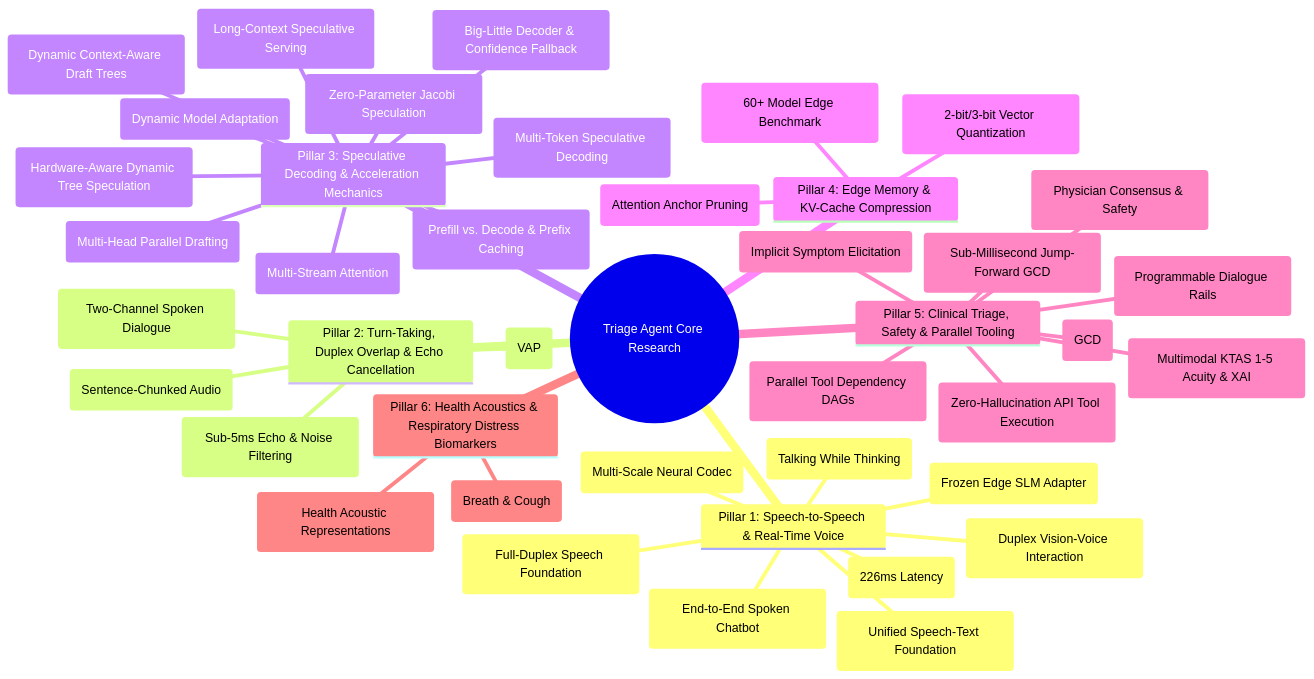
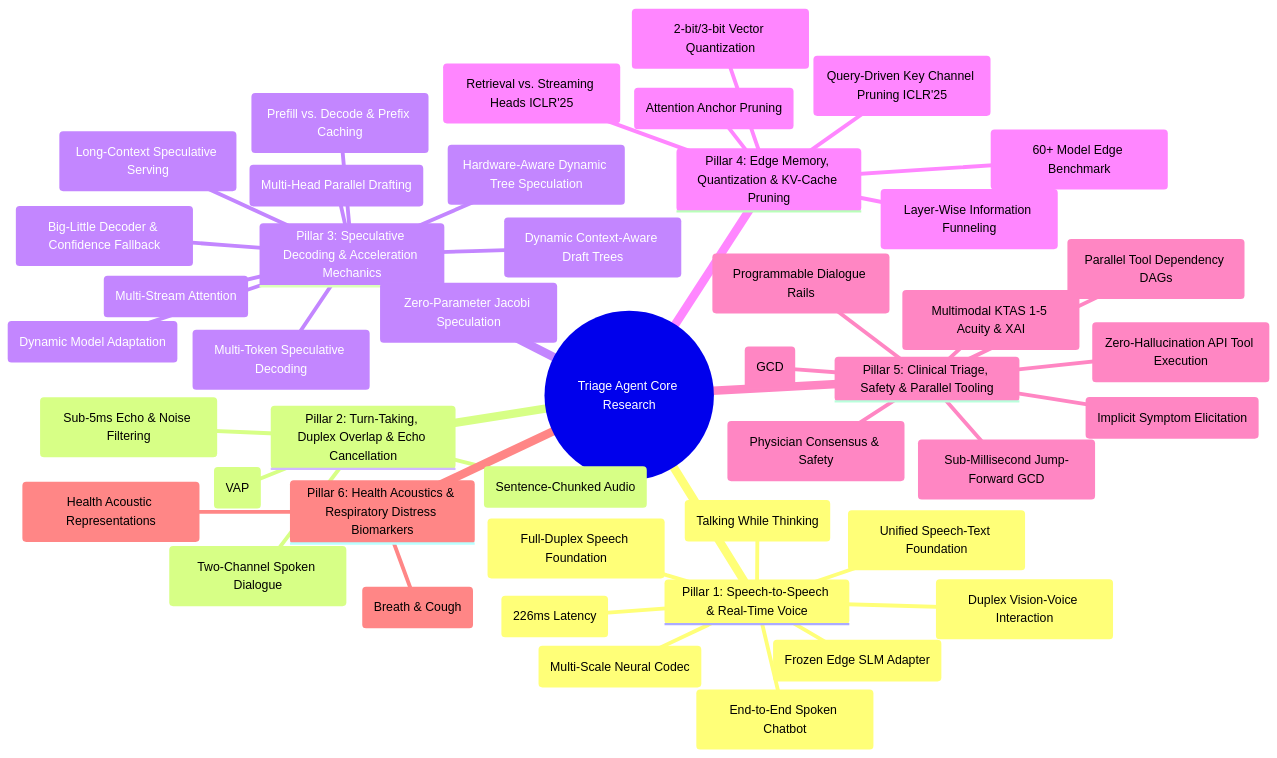
Before and after one commit to albinpshaji/Mini-project: the diagram in literature_impact_report.md, drawn with Mermaid. The commit also changed other lines of this file and 1 other file, not shown here.

Commit message:
docs(research): expand literature impact report to 38 papers and integrate DuoAttention and PyramidKV into Phase 5 blueprint

````diff
--- a/literature_impact_report.md
+++ b/literature_impact_report.md
@@ -14,45 +14,48 @@
 ```mermaid
 mindmap
   root((Triage Agent Core Research))
     Pillar 1: Speech-to-Speech & Real-Time Voice
       Mini-Omni (Talking While Thinking)
       LLaMA-Omni (226ms Latency)
       Moshi (Full-Duplex Speech Foundation)
       Freeze-Omni (Frozen Edge SLM Adapter)
       SNAC (Multi-Scale Neural Codec)
       Mini-Omni2 (Duplex Vision-Voice Interaction)
       AudioPaLM (Unified Speech-Text Foundation)
       GLM-4-Voice (End-to-End Spoken Chatbot)
     Pillar 2: Turn-Taking, Duplex Overlap & Echo Cancellation
       Voice Activity Projection (VAP)
       DeepFilterNet (Sub-5ms Echo & Noise Filtering)
       NVIDIA Incremental TTS (Sentence-Chunked Audio)
       Meta dGSLM (Two-Channel Spoken Dialogue)
     Pillar 3: Speculative Decoding & Acceleration Mechanics
       EAGLE-2 (Dynamic Context-Aware Draft Trees)
       Lookahead Decoding (Zero-Parameter Jacobi Speculation)
       Apple Speculative Streaming (Multi-Stream Attention)
       ASPLOS'25 NPU (Prefill vs. Decode & Prefix Caching)
       Medusa (Multi-Head Parallel Drafting)
       Sequoia (Hardware-Aware Dynamic Tree Speculation)
       MagicDec (Long-Context Speculative Serving)
       BiLD (Big-Little Decoder & Confidence Fallback)
       Online Speculative Decoding (Dynamic Model Adaptation)
       DeepSeek-V3 MTP (Multi-Token Speculative Decoding)
-    Pillar 4: Edge Memory & KV-Cache Compression
+    Pillar 4: Edge Memory, Quantization & KV-Cache Pruning
       SnapKV (Attention Anchor Pruning)
       KVQuant (2-bit/3-bit Vector Quantization)
       ACL'25 Demystifying SLMs (60+ Model Edge Benchmark)
+      DuoAttention (Retrieval vs. Streaming Heads ICLR'25)
+      PyramidKV (Layer-Wise Information Funneling)
+      ThinK (Query-Driven Key Channel Pruning ICLR'25)
     Pillar 5: Clinical Triage, Safety & Parallel Tooling
       LLMCompiler (Parallel Tool Dependency DAGs)
       Gorilla (Zero-Hallucination API Tool Execution)
       EMNLP'23 Grammar-Constrained Decoding (GCD)
       Aston ACM'24 (Multimodal KTAS 1-5 Acuity & XAI)
       ACL'18 Automatic Diagnosis (Implicit Symptom Elicitation)
       NVIDIA NeMo Guardrails (Programmable Dialogue Rails)
       Google Med-PaLM 2 (Physician Consensus & Safety)
       XGrammar (Sub-Millisecond Jump-Forward GCD)
     Pillar 6: Health Acoustics & Respiratory Distress Biomarkers
       Google HeAR (Health Acoustic Representations)
       End-to-End Respiratory Sound Detection (Breath & Cough)
 ```
````
